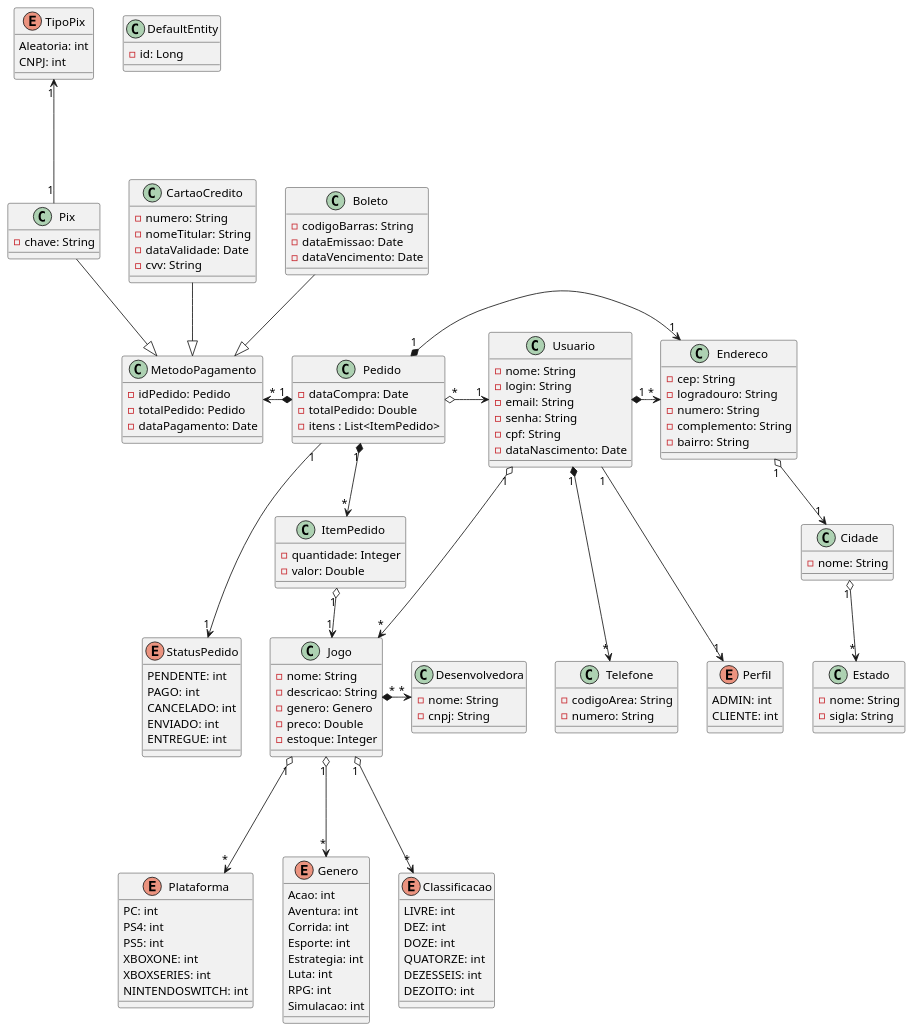
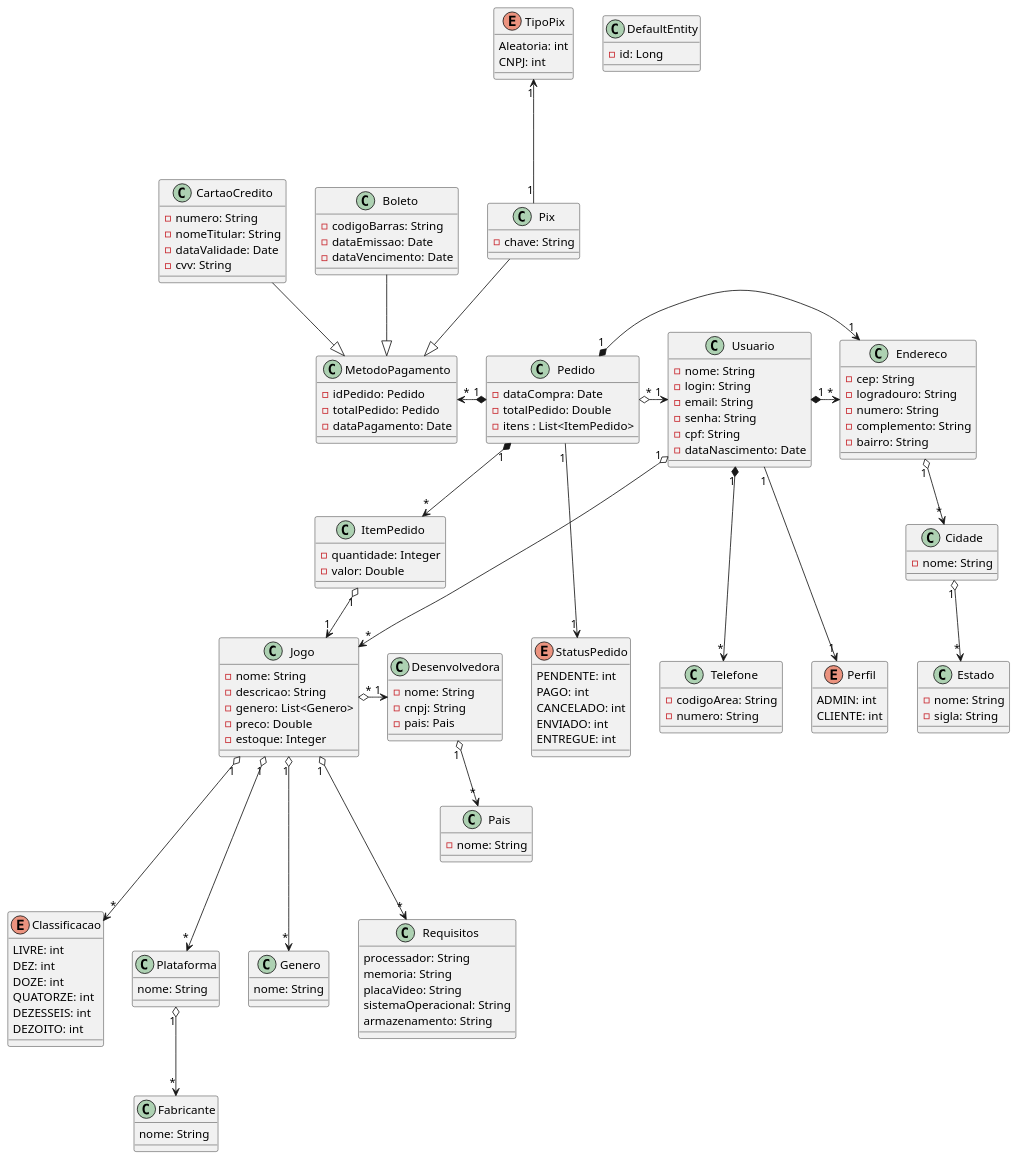
Before and after one commit to luisnoleto/topicos2-quarkus: the diagram in uml.plantuml, drawn with PlantUML. The commit also changed 2 other files, not shown here.

Commit message:
att uml e list telefone

```diff
--- a/uml.plantuml
+++ b/uml.plantuml
@@ -1,164 +1,173 @@
 @startuml Uml
 
 class DefaultEntity{
     - id: Long
 }
 
 class Usuario{
     - nome: String
     - login: String
     - email: String
     - senha: String
     - cpf: String
     - dataNascimento: Date
 }
 
 class CartaoCredito{
     - numero: String
     - nomeTitular: String
     - dataValidade: Date
     - cvv: String
 }
 
 class MetodoPagamento{
     - idPedido: Pedido
     - totalPedido: Pedido
     - dataPagamento: Date
 }
 
 
 class Telefone{
     - codigoArea: String
     - numero: String
 }
 
 class Jogo{
     - nome: String
     - descricao: String
-    - genero: Genero
+    - genero: List<Genero>
     - preco: Double
     - estoque: Integer
 }
 
 class Boleto{
     - codigoBarras: String
     - dataEmissao: Date
     - dataVencimento: Date
 }
 
 class Pix{
     - chave: String
 }
 
 class Endereco{
     - cep: String
     - logradouro: String
     - numero: String
     - complemento: String
     - bairro: String
 }
 
 class Cidade{
     - nome: String
 }
 
 class Estado{
     - nome: String
     - sigla: String
 }
 
 class Pedido{
     - dataCompra: Date
     - totalPedido: Double
     - itens : List<ItemPedido>
 }
 
 class ItemPedido{
     - quantidade: Integer
     - valor: Double
 
 }
 
+class Pais{
+    - nome: String
+}
+
 class Desenvolvedora{
     - nome: String
     - cnpj: String
+    - pais: Pais
 }
 
 
-Enum Plataforma{
-    PC: int
-    PS4: int
-    PS5: int
-    XBOXONE: int
-    XBOXSERIES: int
-    NINTENDOSWITCH: int
+class Plataforma{
+    nome: String
+    
 }
 
-Enum Genero{
-    Acao: int
-    Aventura: int
-    Corrida: int
-    Esporte: int
-    Estrategia: int
-    Luta: int
-    RPG: int
-    Simulacao: int
+class Fabricante{
+    nome: String
 }
 
+class Genero{
+    nome: String
+}
+
+class Requisitos{
+    processador: String
+    memoria: String
+    placaVideo: String
+    sistemaOperacional: String
+    armazenamento: String
+}
 
 Enum StatusPedido{
     PENDENTE: int
     PAGO: int
     CANCELADO: int
     ENVIADO: int
     ENTREGUE: int
 }
 
 Enum Classificacao{
     LIVRE: int
     DEZ: int
     DOZE: int
     QUATORZE: int
     DEZESSEIS: int
     DEZOITO: int
 }
 
 Enum TipoPix{
     Aleatoria: int
     CNPJ: int
 }
 
 Enum Perfil{
     ADMIN: int
     CLIENTE: int
 }
 
 
 
 Usuario "1" *--down-> "*" Telefone
 Usuario "1" *--right-> "*" Endereco
 Usuario "1" o--down-> "*" Jogo
 Usuario "1" --down-> "1" Perfil
 
 Pedido "*" o--right-> "1" Usuario
 Pedido "1" *--right->"*" ItemPedido
 Pedido "1" --down-> "1" StatusPedido
 Pedido "1" *--right-> "1" Endereco
 Pedido "1" *--left-> "*" MetodoPagamento
 
 ItemPedido "1" o--> "1" Jogo
 
-Jogo "*" *--right-> "*" Desenvolvedora
+Jogo "*" o--right-> "1" Desenvolvedora
 Jogo "1" o--down-> "*" Genero
 Jogo "1" o--down-> "*" Classificacao
 Jogo "1" o--down-> "*" Plataforma
-Endereco "1" o--> "1" Cidade
+Jogo "1" o--down-> "*" Requisitos
+Endereco "1" o--> "*" Cidade
 Cidade "1" o--> "*" Estado
+
+Desenvolvedora "1" o--> "*" Pais
+Plataforma "1" o--> "*" Fabricante
 
 Pix "1" --up-> "1" TipoPix
 Boleto --|> MetodoPagamento
 Pix --|> MetodoPagamento
 CartaoCredito --|> MetodoPagamento
 
 
 @enduml
```
